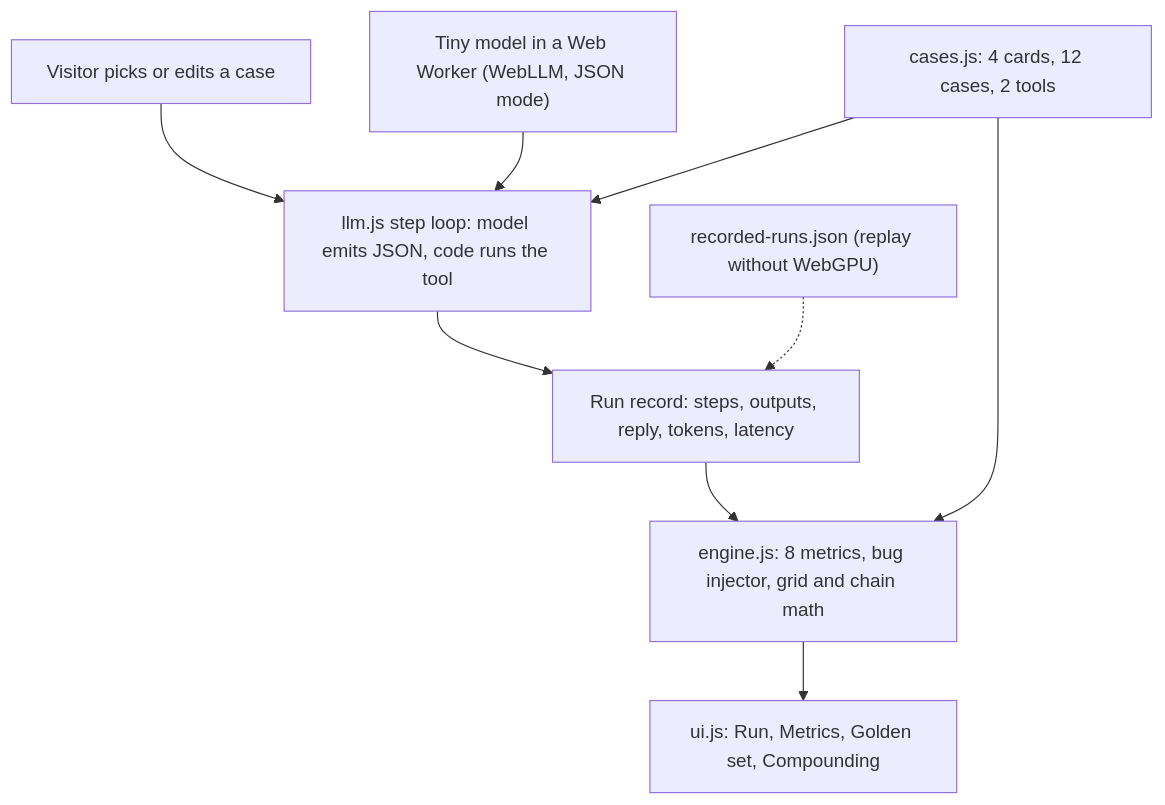
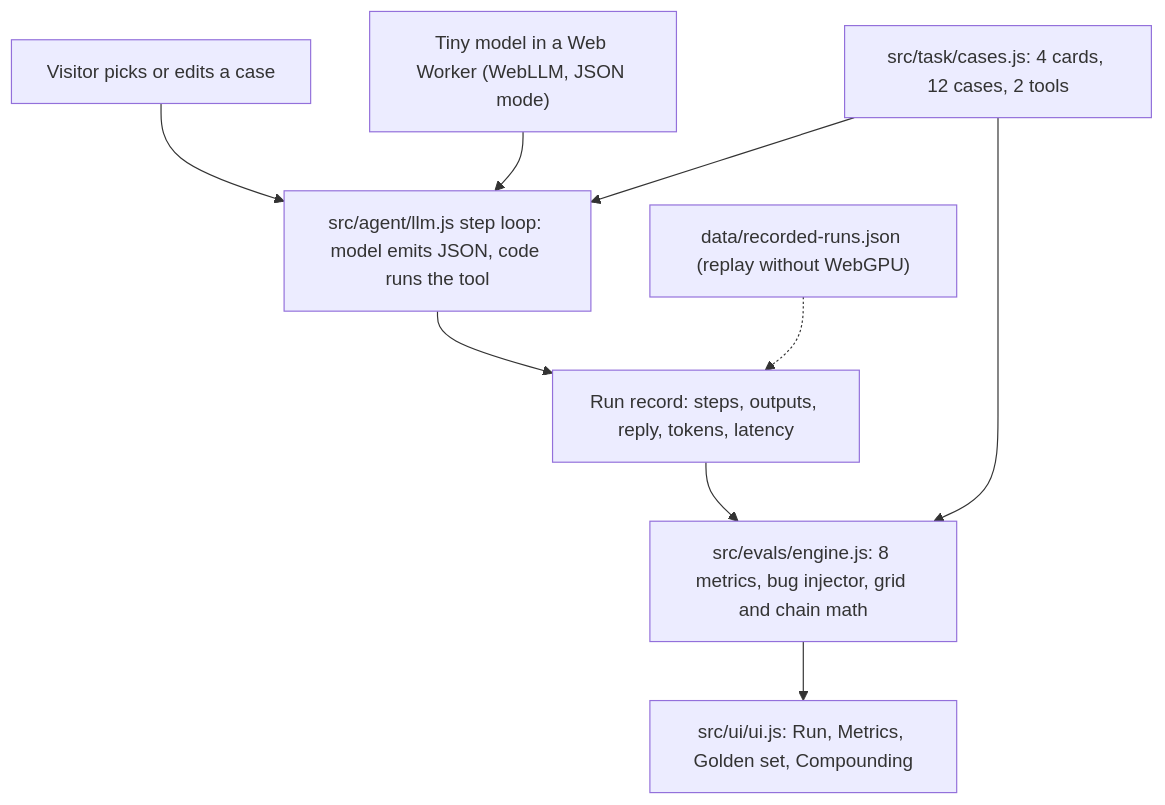
One commit to itsnoobj/evals-labs changed the diagram in docs/design.md. Above: the diagram before and after it, drawn with Mermaid. The commit also changed 17 other files, not shown here.

````diff
--- a/docs/design.md
+++ b/docs/design.md
@@ -3,12 +3,12 @@
 ```mermaid
 flowchart TD
   U["Visitor picks or edits a case"] --> L
   M["Tiny model in a Web Worker (WebLLM, JSON mode)"] --> L
-  L["llm.js step loop: model emits JSON, code runs the tool"] --> R
+  L["src/agent/llm.js step loop: model emits JSON, code runs the tool"] --> R
   R["Run record: steps, outputs, reply, tokens, latency"] --> E
-  E["engine.js: 8 metrics, bug injector, grid and chain math"] --> V
-  V["ui.js: Run, Metrics, Golden set, Compounding"]
-  F["recorded-runs.json (replay without WebGPU)"] -.-> R
-  C["cases.js: 4 cards, 12 cases, 2 tools"] --> L
+  E["src/evals/engine.js: 8 metrics, bug injector, grid and chain math"] --> V
+  V["src/ui/ui.js: Run, Metrics, Golden set, Compounding"]
+  F["data/recorded-runs.json (replay without WebGPU)"] -.-> R
+  C["src/task/cases.js: 4 cards, 12 cases, 2 tools"] --> L
   C --> E
 ```
````
